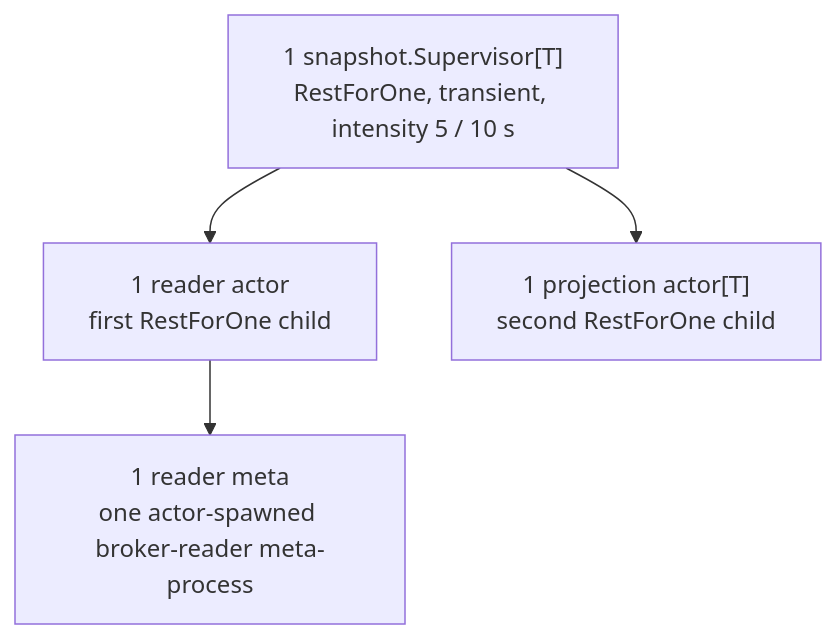
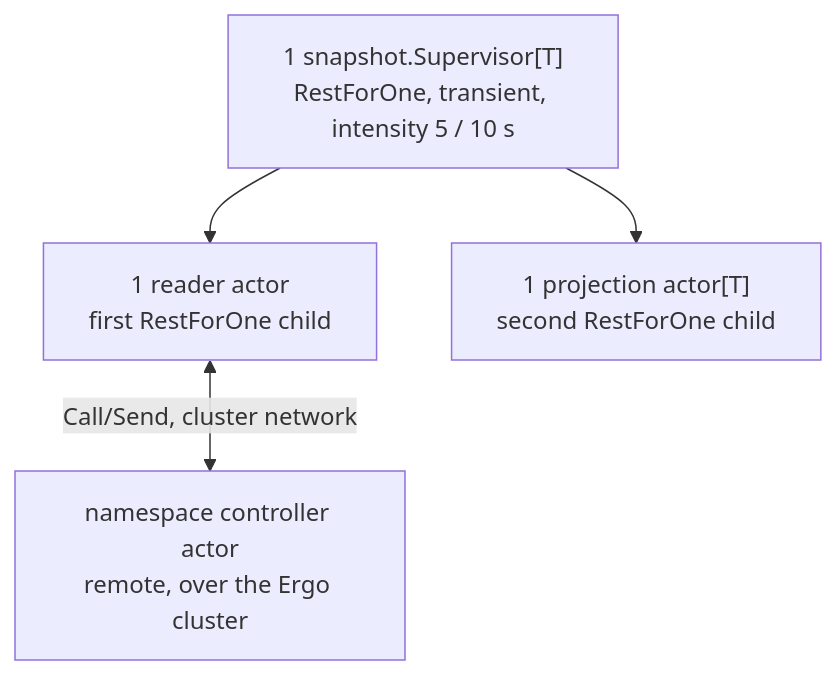
The first of 4 diagrams in docs/internals/snapshot-runtime.md (HarishHary/blink), drawn with Mermaid before and after one commit. The commit also changed other lines of this file and 6 other files, not shown here.

````diff
--- a/docs/internals/snapshot-runtime.md
+++ b/docs/internals/snapshot-runtime.md
@@ -7,10 +7,10 @@
 ```mermaid
 flowchart TB
   supervisor["1 snapshot.Supervisor[T]\nRestForOne, transient, intensity 5 / 10 s"]
   reader["1 reader actor\nfirst RestForOne child"]
-  meta["1 reader meta\none actor-spawned broker-reader meta-process"]
+  controller["namespace controller actor\nremote, over the Ergo cluster"]
   projection["1 projection actor[T]\nsecond RestForOne child"]
   supervisor --> reader
   supervisor --> projection
-  reader --> meta
+  reader <-->|Call/Send, cluster network| controller
 ```
````
